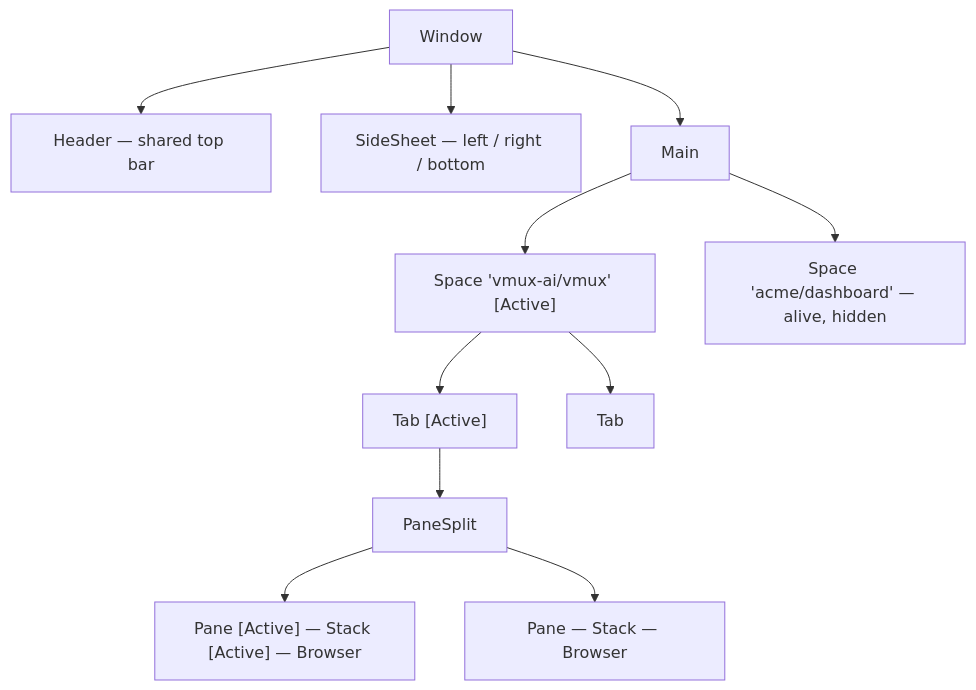
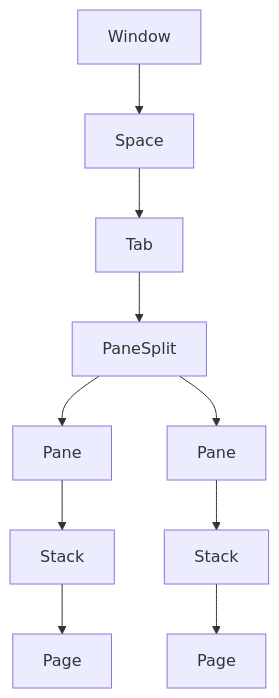
Before and after one commit to vmux-ai/vmux: the third of 3 diagrams in docs/architecture.md, drawn with Mermaid. The commit also changed other lines of this file and 21 other files, not shown here.

````diff
--- a/docs/architecture.md
+++ b/docs/architecture.md
@@ -474,25 +223,12 @@
 ```mermaid
 flowchart TB
-    win["Window"]
-    header["Header — shared top bar"]
-    sheet["SideSheet — left / right / bottom"]
-    main["Main"]
-    s1["Space 'vmux-ai/vmux' [Active]"]
-    s2["Space 'acme/dashboard' — alive, hidden"]
-    t1["Tab [Active]"]
-    t2["Tab"]
-    split["PaneSplit"]
-    p1["Pane [Active] — Stack [Active] — Browser"]
-    p2["Pane — Stack — Browser"]
-
-    win --> header
-    win --> sheet
-    win --> main
-    main --> s1
-    main --> s2
-    s1 --> t1
-    s1 --> t2
-    t1 --> split
-    split --> p1
-    split --> p2
+    window["Window"] --> space["Space"]
+    space --> tab["Tab"]
+    tab --> split["PaneSplit"]
+    split --> paneA["Pane"]
+    split --> paneB["Pane"]
+    paneA --> stackA["Stack"]
+    paneB --> stackB["Stack"]
+    stackA --> pageA["Page"]
+    stackB --> pageB["Page"]
 ```
````
